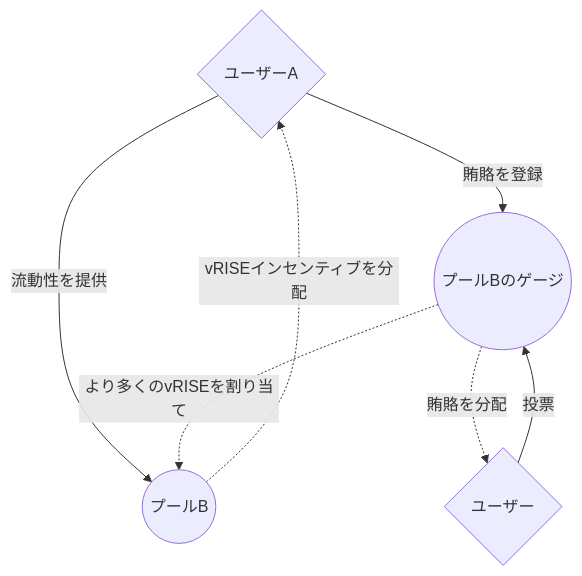
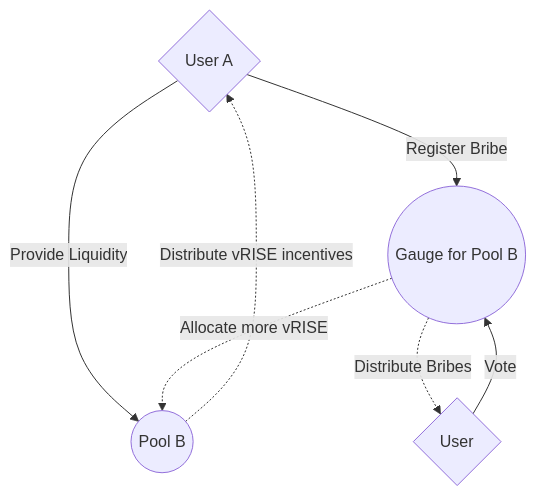
One commit to sunriselayer/gitbook changed the first of 2 diagrams in ja/learn/sunrise/liquidity-incentive/README.md. Above: the diagram before and after it, drawn with Mermaid. The commit also changed other lines of this file and 19 other files, not shown here.

````diff
--- a/ja/learn/sunrise/liquidity-incentive/README.md
+++ b/ja/learn/sunrise/liquidity-incentive/README.md
@@ -57,9 +57,9 @@
 ```mermaid
 graph TD
-    A{ユーザーA}-->|流動性を提供|B((プールB))
-    A-->|賄賂を登録|C((プールBのゲージ))
-    D{ユーザー}-->|投票|C
-    C-.->|賄賂を分配|D
-    C-.->|より多くのvRISEを割り当て|B
-    B-.->|vRISEインセンティブを分配|A
+    A{User A}-->|Provide Liquidity|B((Pool B))
+    A-->|Register Bribe|C((Gauge for Pool B))
+    D{User}-->|Vote|C
+    C-.->|Distribute Bribes|D
+    C-.->|Allocate more vRISE|B
+    B-.->|Distribute vRISE incentives|A
 ```
````
